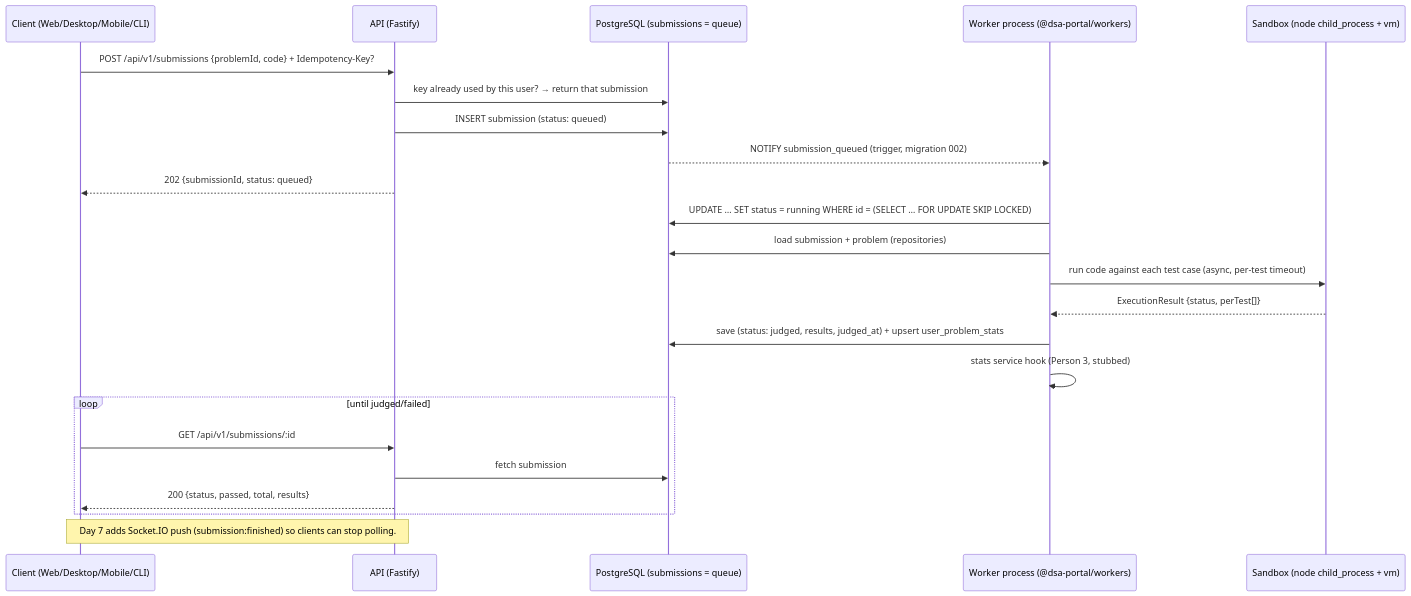
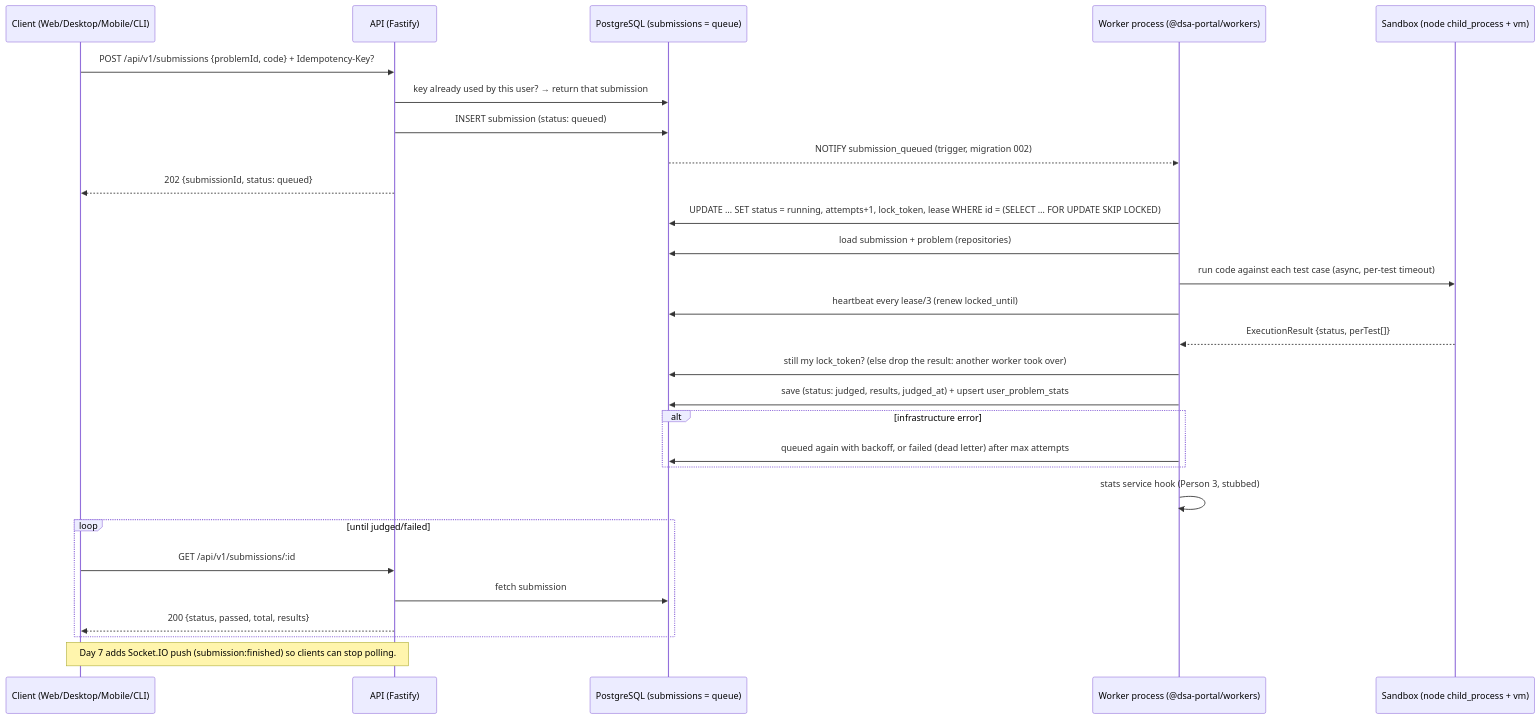
One commit to ArshOnGit1607/DSA_Portal changed the second of 3 diagrams in docs/architecture.md. Above: the diagram before and after it, drawn with Mermaid. The commit also changed other lines of this file and 5 other files, not shown here.

````diff
--- a/docs/architecture.md
+++ b/docs/architecture.md
@@ -55,26 +55,31 @@
 ```mermaid
 sequenceDiagram
     participant C as Client (Web/Desktop/Mobile/CLI)
     participant API as API (Fastify)
     participant PG as PostgreSQL (submissions = queue)
     participant W as Worker process (@dsa-portal/workers)
     participant S as Sandbox (node child_process + vm)
 
     C->>API: POST /api/v1/submissions {problemId, code} + Idempotency-Key?
     API->>PG: key already used by this user? → return that submission
     API->>PG: INSERT submission (status: queued)
     PG-->>W: NOTIFY submission_queued (trigger, migration 002)
     API-->>C: 202 {submissionId, status: queued}
-    W->>PG: UPDATE … SET status = running WHERE id = (SELECT … FOR UPDATE SKIP LOCKED)
+    W->>PG: UPDATE … SET status = running, attempts+1, lock_token, lease WHERE id = (SELECT … FOR UPDATE SKIP LOCKED)
     W->>PG: load submission + problem (repositories)
     W->>S: run code against each test case (async, per-test timeout)
+    W->>PG: heartbeat every lease/3 (renew locked_until)
     S-->>W: ExecutionResult {status, perTest[]}
+    W->>PG: still my lock_token? (else drop the result: another worker took over)
     W->>PG: save (status: judged, results, judged_at) + upsert user_problem_stats
+    alt infrastructure error
+        W->>PG: queued again with backoff, or failed (dead letter) after max attempts
+    end
     W->>W: stats service hook (Person 3, stubbed)
     loop until judged/failed
         C->>API: GET /api/v1/submissions/:id
         API->>PG: fetch submission
         API-->>C: 200 {status, passed, total, results}
     end
     Note over C,API: Day 7 adds Socket.IO push (submission:finished) so clients can stop polling.
 ```
````
